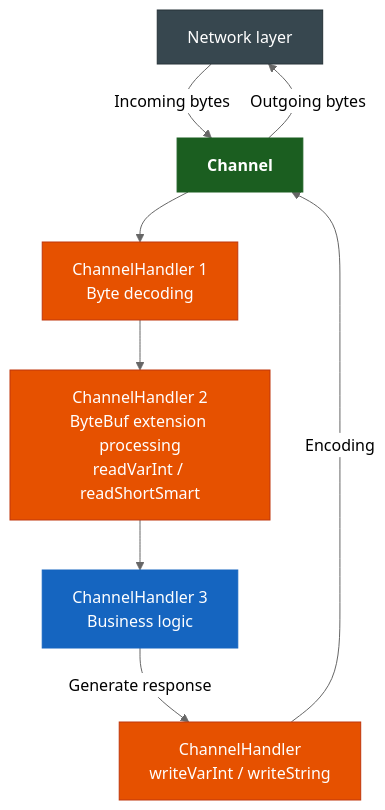
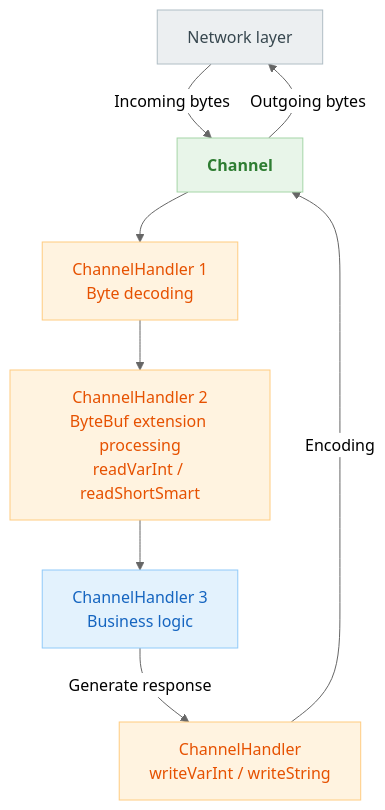
One commit to bluetape4k/bluetape4k-projects changed the third of 3 diagrams in io/netty/README.md. Above: the diagram before and after it, drawn with Mermaid (neutral theme). The commit also changed other lines of this file and 219 other files, not shown here.

First line of the commit message:
docs: 전체 README Mermaid 다이어그램 가이드 적용

````diff
--- a/io/netty/README.md
+++ b/io/netty/README.md
@@ -272,21 +272,21 @@
 ```mermaid
 flowchart TD
     NET[Network layer] -->|Incoming bytes| CH[Channel]
     CH --> P1[ChannelHandler 1<br/>Byte decoding]
     P1 --> P2[ChannelHandler 2<br/>ByteBuf extension processing<br/>readVarInt / readShortSmart]
     P2 --> P3[ChannelHandler 3<br/>Business logic]
     P3 -->|Generate response| W1[ChannelHandler<br/>writeVarInt / writeString]
     W1 -->|Encoding| CH
     CH -->|Outgoing bytes| NET
 
-    classDef extStyle fill:#37474F,stroke:#263238,color:#FFFFFF
-    classDef serviceStyle fill:#1565C0,stroke:#1565C0,color:#FFFFFF
-    classDef utilStyle fill:#E65100,stroke:#BF360C,color:#FFFFFF
-    classDef coreStyle fill:#1B5E20,stroke:#1B5E20,color:#FFFFFF,font-weight:bold
+    classDef extStyle fill:#ECEFF1,stroke:#B0BEC5,color:#37474F
+    classDef serviceStyle fill:#E3F2FD,stroke:#90CAF9,color:#1565C0
+    classDef utilStyle fill:#FFF3E0,stroke:#FFCC80,color:#E65100
+    classDef coreStyle fill:#E8F5E9,stroke:#A5D6A7,color:#2E7D32,font-weight:bold
 
     class NET extStyle
     class CH coreStyle
     class P1,W1 utilStyle
     class P2 utilStyle
     class P3 serviceStyle
 ```
````
